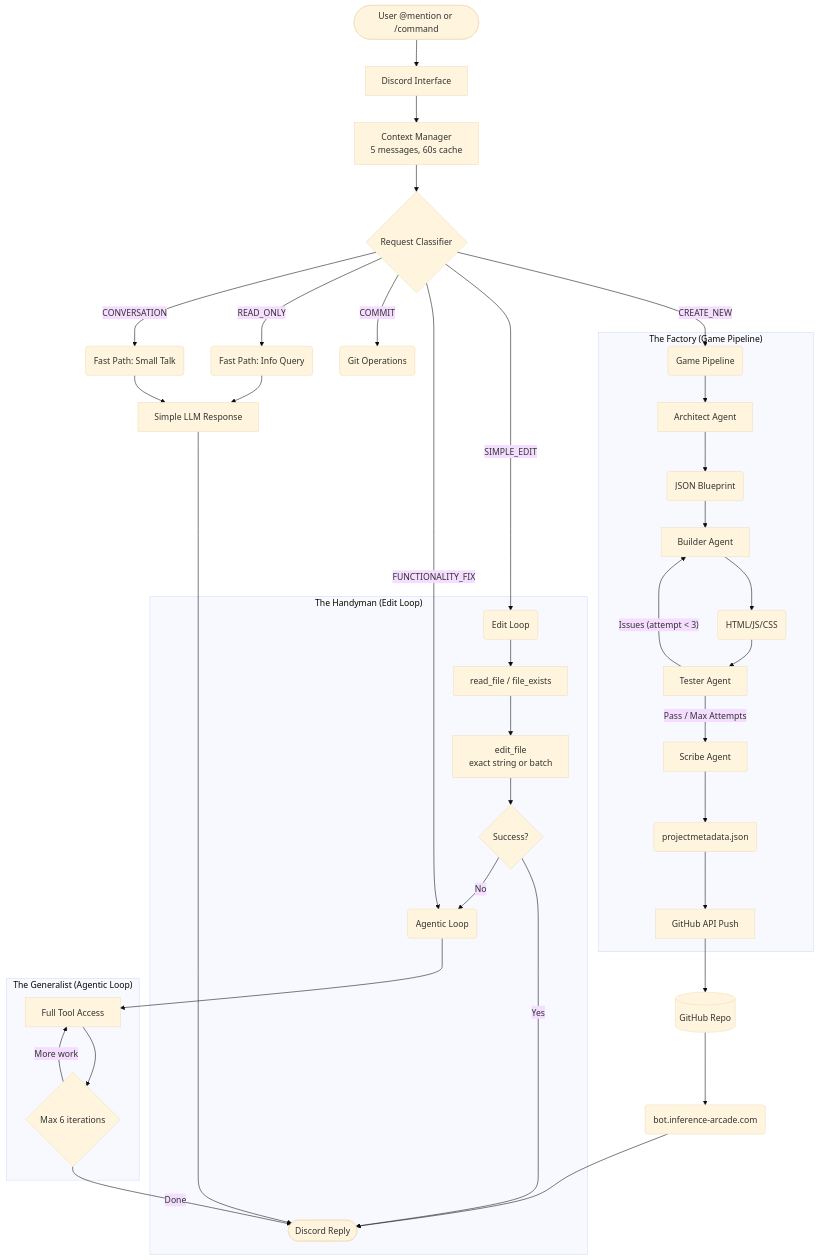
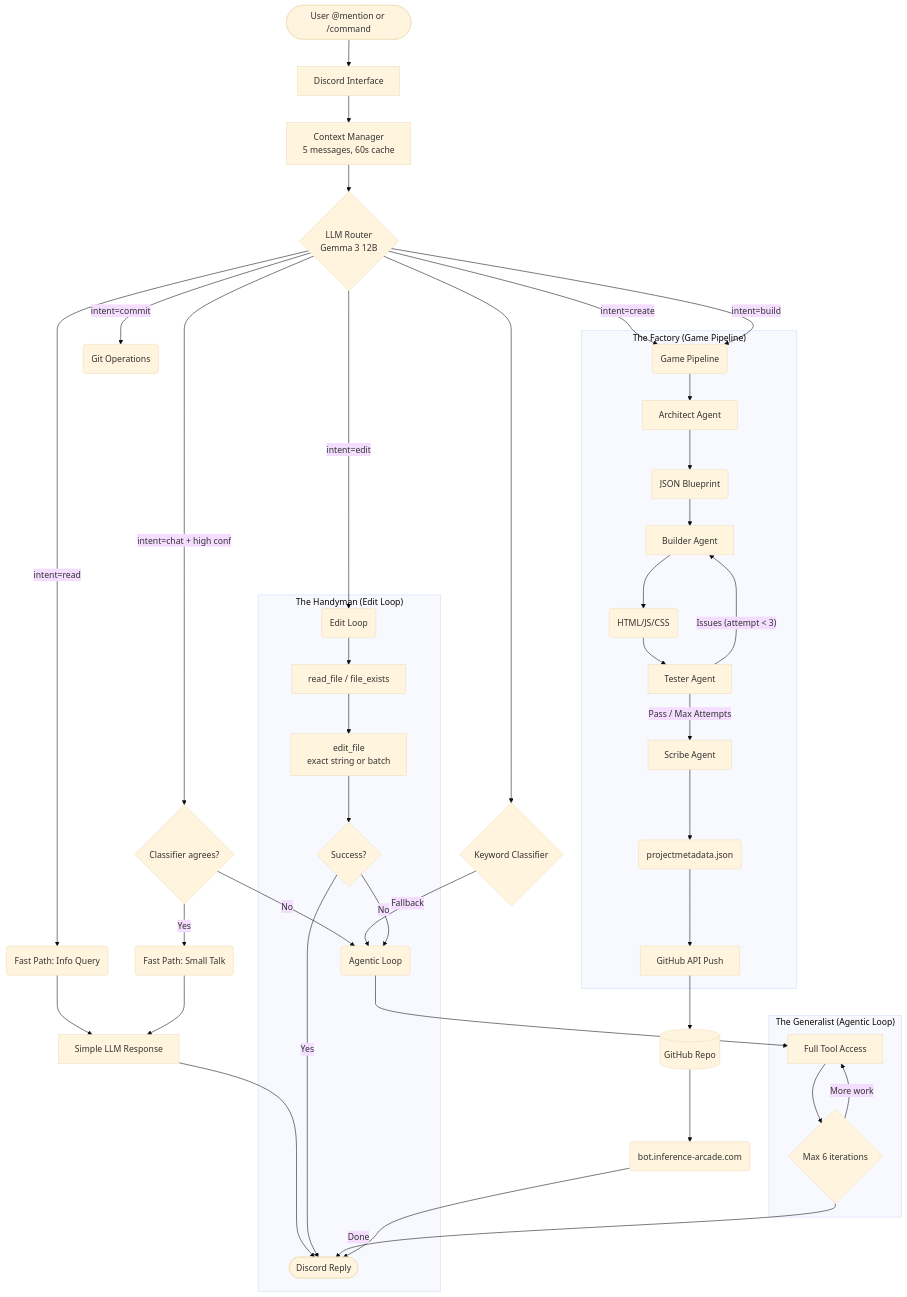
One commit to milwrite/javabot changed the first of 2 diagrams in docs/BOT_OPERATION_FLOW.md. Above: the diagram before and after it, drawn with Mermaid (base theme). The commit also changed other lines of this file and 3 other files, not shown here.

Commit message:
docs: update router-first architecture, add cli log queries

````diff
--- a/docs/BOT_OPERATION_FLOW.md
+++ b/docs/BOT_OPERATION_FLOW.md
@@ -59,55 +59,61 @@
 ```mermaid
 graph TD
     %% INPUT PHASE
     User([User @mention or /command]) --> Discord[Discord Interface]
     Discord --> Context[Context Manager<br/>5 messages, 60s cache]
-    Context --> Classifier{Request Classifier}
+    Context --> Router{LLM Router<br/>Gemma 3 12B}
+    Router --> Classifier{Keyword Classifier}
 
-    %% CLASSIFICATION (Keyword-based by default)
-    Classifier -- "CREATE_NEW" --> Pipeline(Game Pipeline)
-    Classifier -- "SIMPLE_EDIT" --> EditLoop(Edit Loop)
-    Classifier -- "FUNCTIONALITY_FIX" --> AgenticLoop(Agentic Loop)
-    Classifier -- "COMMIT" --> GitOps(Git Operations)
-    Classifier -- "READ_ONLY" --> FastRead(Fast Path: Info Query)
-    Classifier -- "CONVERSATION" --> FastChat(Fast Path: Small Talk)
+    %% ROUTING DECISION (Router + Classifier must agree for fast paths)
+    Router -- "intent=chat + high conf" --> ChatCheck{Classifier agrees?}
+    ChatCheck -- "Yes" --> FastChat(Fast Path: Small Talk)
+    ChatCheck -- "No" --> AgenticLoop
+
+    Router -- "intent=create" --> Pipeline(Game Pipeline)
+    Router -- "intent=edit" --> EditLoop(Edit Loop)
+    Router -- "intent=commit" --> GitOps(Git Operations)
+    Router -- "intent=read" --> FastRead(Fast Path: Info Query)
+    Router -- "intent=build" --> Pipeline
+
+    Classifier -- "Fallback" --> AgenticLoop(Agentic Loop)
 
     %% FAST PATHS (No tool calling)
     FastRead --> SimpleResponse[Simple LLM Response]
     FastChat --> SimpleResponse
     SimpleResponse --> Reply([Discord Reply])
 
     %% GAME PIPELINE
     subgraph "The Factory (Game Pipeline)"
         Pipeline --> Architect[Architect Agent]
         Architect --> Blueprint(JSON Blueprint)
         Blueprint --> Builder[Builder Agent]
         Builder --> Code(HTML/JS/CSS)
         Code --> Tester[Tester Agent]
         Tester -- "Issues (attempt < 3)" --> Builder
         Tester -- "Pass / Max Attempts" --> Scribe[Scribe Agent]
         Scribe --> Metadata(projectmetadata.json)
         Metadata --> GitAPI[GitHub API Push]
     end
 
     %% EDIT LOOP
     subgraph "The Handyman (Edit Loop)"
         EditLoop --> ReadFile[read_file / file_exists]
         ReadFile --> EditFile[edit_file<br/>exact string or batch]
         EditFile --> Verify{Success?}
         Verify -- Yes --> Reply
         Verify -- No --> AgenticLoop
     end
 
     %% AGENTIC LOOP
     subgraph "The Generalist (Agentic Loop)"
         AgenticLoop --> Tools[Full Tool Access]
         Tools --> Iterate{Max 6 iterations}
         Iterate -- "More work" --> Tools
         Iterate -- "Done" --> Reply
     end
 
     %% OUTPUT
     GitAPI --> GitHub[(GitHub Repo)]
     GitHub --> Live(bot.inference-arcade.com)
     Live --> Reply
 ```
````
